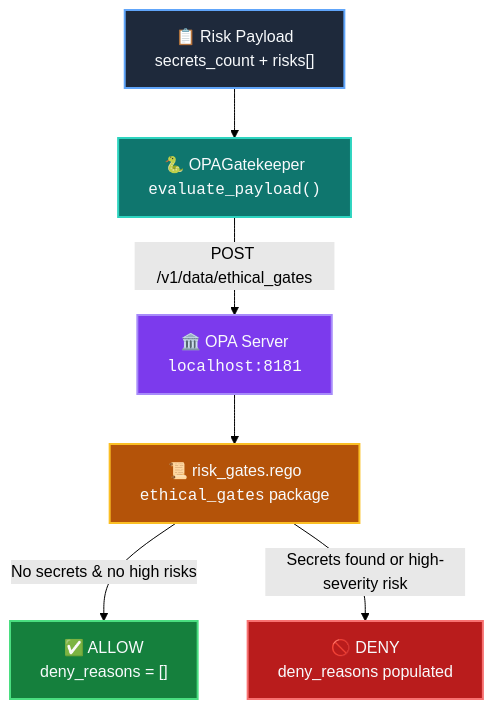
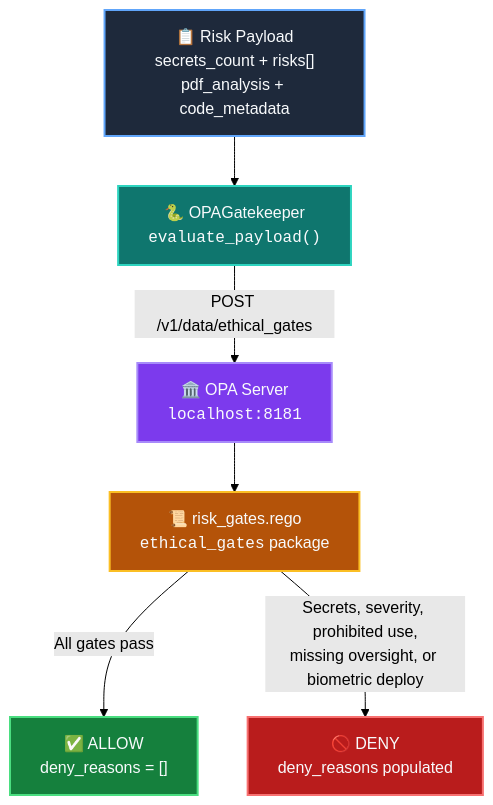
One commit to Nits02/aerae-accelerator changed the fourth of 6 diagrams in README.md. Above: the diagram before and after it, drawn with Mermaid (forest theme). The commit also changed other lines of this file and 12 other files, not shown here.

````diff
--- a/README.md
+++ b/README.md
@@ -202,22 +202,22 @@
 ```mermaid
 flowchart TD
     classDef inputStyle fill:#1e293b,stroke:#60a5fa,stroke-width:2px,color:#f8fafc
     classDef opaStyle fill:#7c3aed,stroke:#a78bfa,stroke-width:2px,color:#f8fafc
     classDef regoStyle fill:#b45309,stroke:#fbbf24,stroke-width:2px,color:#f8fafc
     classDef passStyle fill:#15803d,stroke:#4ade80,stroke-width:2px,color:#f8fafc
     classDef failStyle fill:#b91c1c,stroke:#f87171,stroke-width:2px,color:#f8fafc
     classDef clientStyle fill:#0f766e,stroke:#2dd4bf,stroke-width:2px,color:#f8fafc
 
-    P["📋 Risk Payload<br>secrets_count + risks[]"]:::inputStyle
+    P["📋 Risk Payload<br>secrets_count + risks[]<br>pdf_analysis + code_metadata"]:::inputStyle
     GK["🐍 OPAGatekeeper<br><code>evaluate_payload()</code>"]:::clientStyle
     OPA["🏛️ OPA Server<br><code>localhost:8181</code>"]:::opaStyle
     REGO["📜 risk_gates.rego<br><code>ethical_gates</code> package"]:::regoStyle
     ALLOW["✅ ALLOW<br>deny_reasons = []"]:::passStyle
     DENY["🚫 DENY<br>deny_reasons populated"]:::failStyle
 
     P --> GK
     GK -->|"POST /v1/data/ethical_gates"| OPA
     OPA --> REGO
-    REGO -->|"No secrets & no high risks"| ALLOW
-    REGO -->|"Secrets found or high-severity risk"| DENY
+    REGO -->|"All gates pass"| ALLOW
+    REGO -->|"Secrets, severity, prohibited use,<br>missing oversight, or biometric deploy"| DENY
 ```
````
